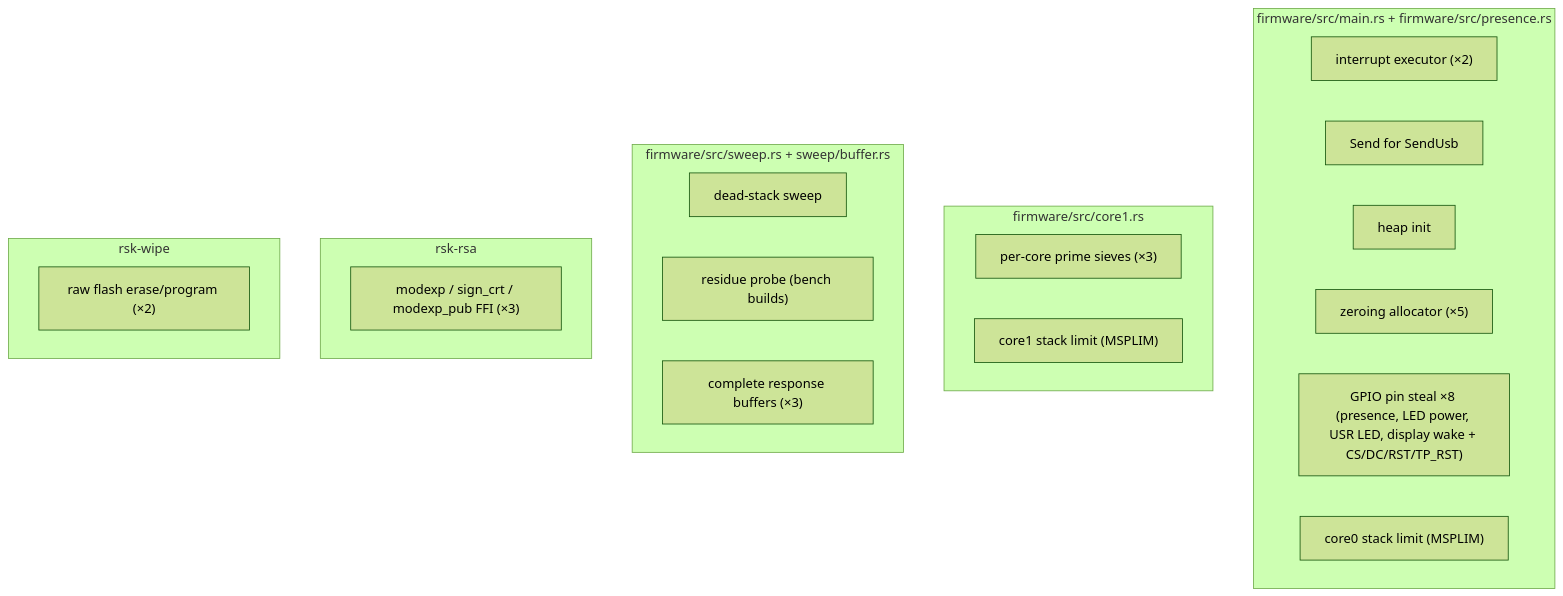
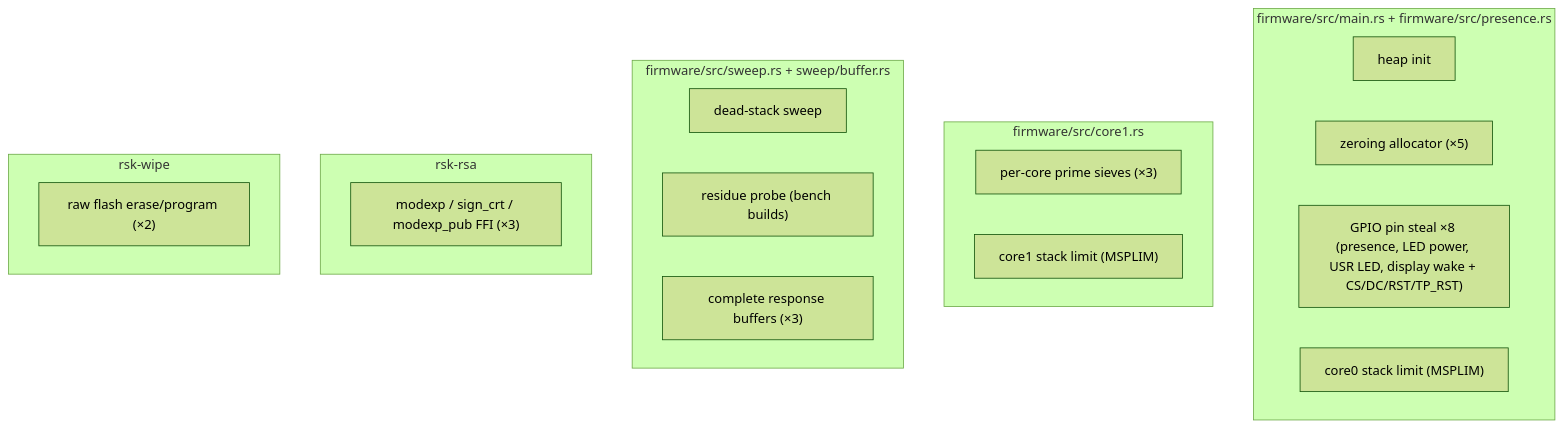
The diagram in docs/unsafe.md (TheMaxMur/RS-Key), drawn with Mermaid (forest theme) before and after one commit. The commit also changed other lines of this file and 83 other files, not shown here.

````diff
--- a/docs/unsafe.md
+++ b/docs/unsafe.md
@@ -19,26 +19,24 @@
 ```mermaid
 flowchart TB
     subgraph fw["firmware/src/main.rs + firmware/src/presence.rs"]
-      a["interrupt executor (×2)"]
-      b["Send for SendUsb"]
       c["heap init"]
       c2["zeroing allocator (×5)"]
       d["GPIO pin steal ×8 (presence, LED power, USR LED, display wake + CS/DC/RST/TP_RST)"]
       d2["core0 stack limit (MSPLIM)"]
     end
     subgraph kg["firmware/src/core1.rs"]
       e["per-core prime sieves (×3)"]
       e2["core1 stack limit (MSPLIM)"]
     end
     subgraph sw["firmware/src/sweep.rs + sweep/buffer.rs"]
       s1["dead-stack sweep"]
       s2["residue probe (bench builds)"]
       s3["complete response buffers (×3)"]
     end
     subgraph asm["rsk-rsa"]
       f["modexp / sign_crt / modexp_pub FFI (×3)"]
     end
     subgraph wipe["rsk-wipe"]
       g["raw flash erase/program (×2)"]
     end
 ```
````
